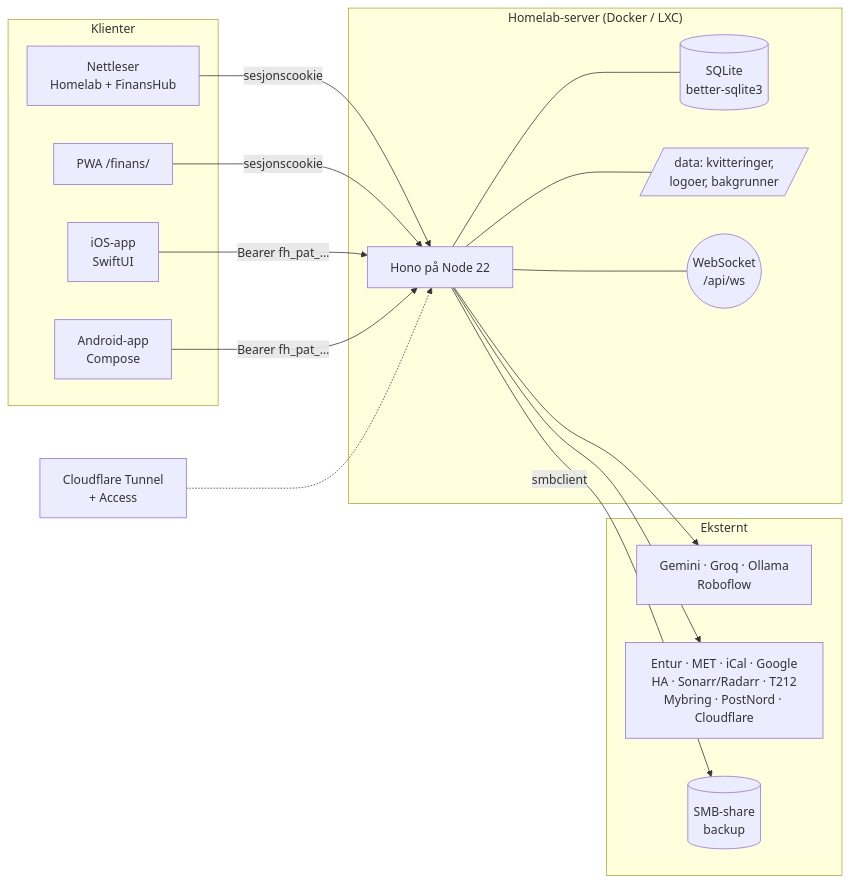
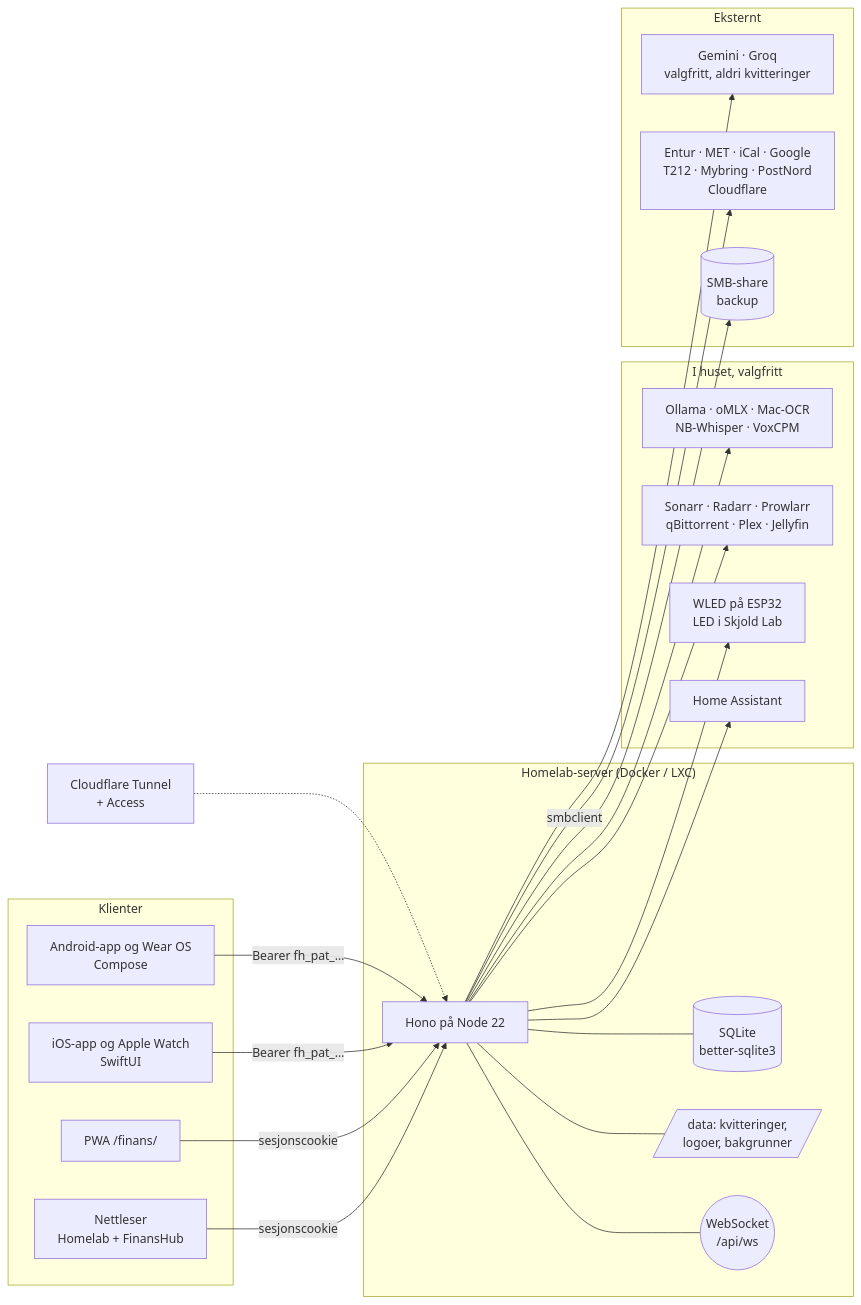
Before and after one commit to SebastianKristo/torskenes-verden: the diagram in README.md, drawn with Mermaid. The commit also changed other lines of this file and 9 other files, not shown here.

First line of the commit message:
README og wiki oppdatert til 4.70.0: Glimt og Now Brief, Media, Skjold Lab, tale til tekst, Kalender i appen, klokkeappene

````diff
--- a/README.md
+++ b/README.md
@@ -298,26 +340,33 @@
 ```mermaid
 flowchart LR
   subgraph Klienter
     B[Nettleser<br/>Homelab + FinansHub]
     P[PWA /finans/]
-    I[iOS-app<br/>SwiftUI]
-    A[Android-app<br/>Compose]
+    I[iOS-app og Apple Watch<br/>SwiftUI]
+    A[Android-app og Wear OS<br/>Compose]
   end
   subgraph Server["Homelab-server (Docker / LXC)"]
     H[Hono på Node 22]
     D[(SQLite<br/>better-sqlite3)]
     F[/data: kvitteringer,<br/>logoer, bakgrunner/]
     W((WebSocket<br/>/api/ws))
   end
+  subgraph Huset["I huset, valgfritt"]
+    L[Ollama · oMLX · Mac-OCR<br/>NB-Whisper · VoxCPM]
+    M[Sonarr · Radarr · Prowlarr<br/>qBittorrent · Plex · Jellyfin]
+    E[WLED på ESP32<br/>LED i Skjold Lab]
+    HA[Home Assistant]
+  end
   subgraph Eksternt
-    AI[Gemini · Groq · Ollama<br/>Roboflow]
-    X[Entur · MET · iCal · Google<br/>HA · Sonarr/Radarr · T212<br/>Mybring · PostNord · Cloudflare]
+    AI[Gemini · Groq<br/>valgfritt, aldri kvitteringer]
+    X[Entur · MET · iCal · Google<br/>T212 · Mybring · PostNord<br/>Cloudflare]
     S[(SMB-share<br/>backup)]
   end
   B & P -- sesjonscookie --> H
   I & A -- Bearer fh_pat_… --> H
   H --- D & F & W
+  H --> L & M & E & HA
   H --> AI & X
   H -- smbclient --> S
   CF[Cloudflare Tunnel<br/>+ Access] -.-> H
 ```
````
